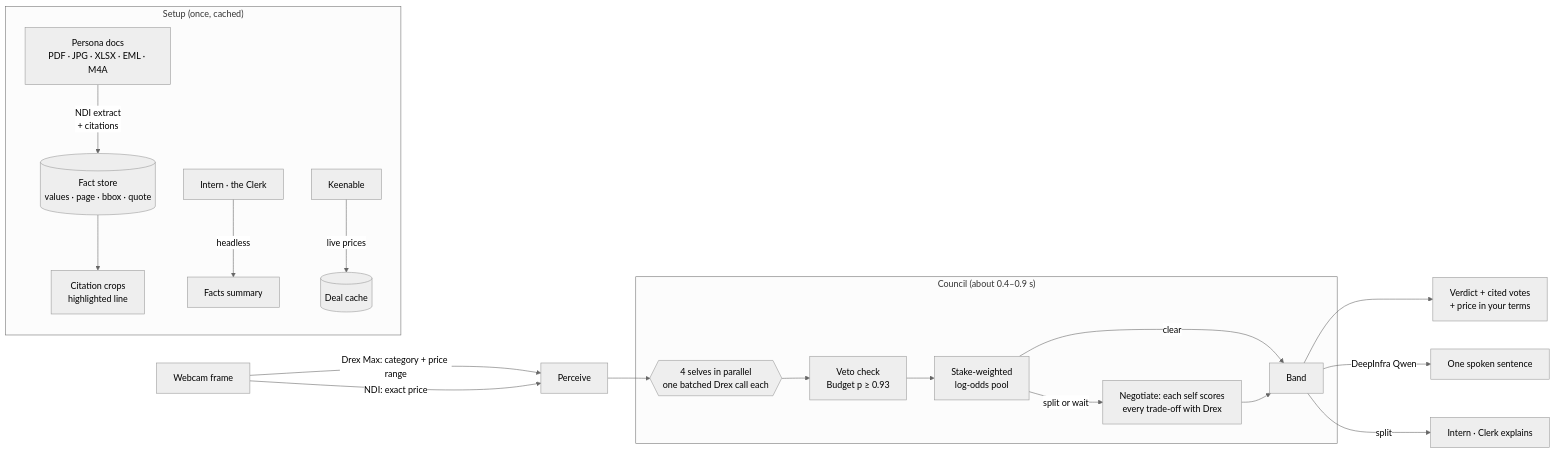
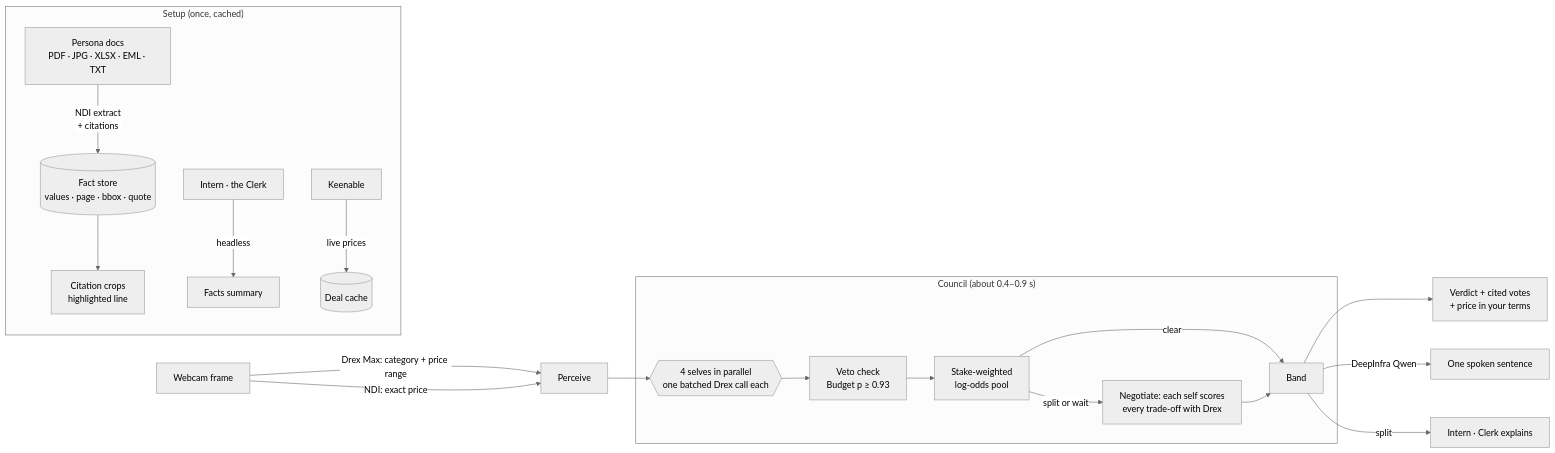
The diagram in README.md (Charan0622/second-thoughts), drawn with Mermaid (neutral theme) before and after one commit. The commit also changed other lines of this file and 7 other files, not shown here.

````diff
--- a/README.md
+++ b/README.md
@@ -26,22 +26,22 @@
 ```mermaid
 flowchart LR
   subgraph Setup["Setup (once, cached)"]
-    D[Persona docs<br/>PDF · JPG · XLSX · EML · M4A] -->|NDI extract<br/>+ citations| F[(Fact store<br/>values · page · bbox · quote)]
+    D[Persona docs<br/>PDF · JPG · XLSX · EML · TXT] -->|NDI extract<br/>+ citations| F[(Fact store<br/>values · page · bbox · quote)]
     F --> C[Citation crops<br/>highlighted line]
     I[Intern · the Clerk] -->|headless| S[Facts summary]
     K[Keenable] -->|live prices| W[(Deal cache)]
   end
   Cam[Webcam frame] -->|Drex Max: category + price range| P[Perceive]
   Cam -->|NDI: exact price| P
   P --> R1
   subgraph Council["Council (about 0.4–0.9 s)"]
     R1{{4 selves in parallel<br/>one batched Drex call each}} --> V[Veto check<br/>Budget p ≥ 0.93]
     V --> PL[Stake-weighted<br/>log-odds pool]
     PL -->|split or wait| N[Negotiate: each self scores<br/>every trade-off with Drex]
     PL -->|clear| B[Band]
     N --> B
   end
   B --> UI[Verdict + cited votes<br/>+ price in your terms]
   B -->|DeepInfra Qwen| SPK[One spoken sentence]
   B -->|split| CL[Intern · Clerk explains]
 ```
````
